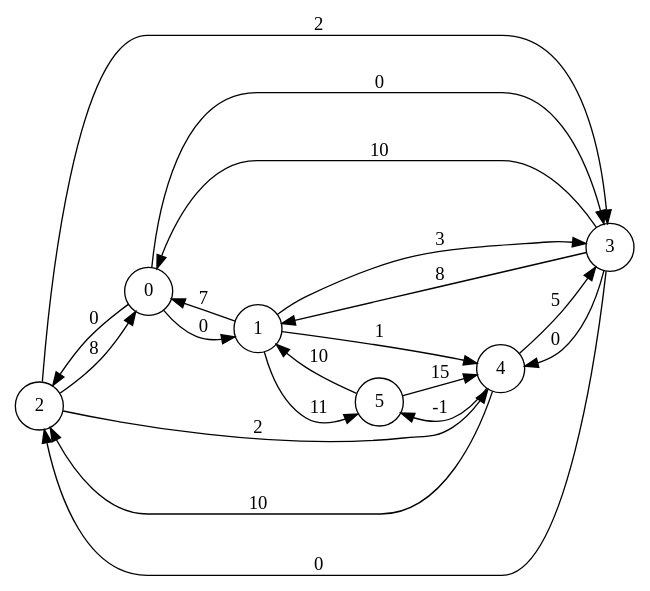
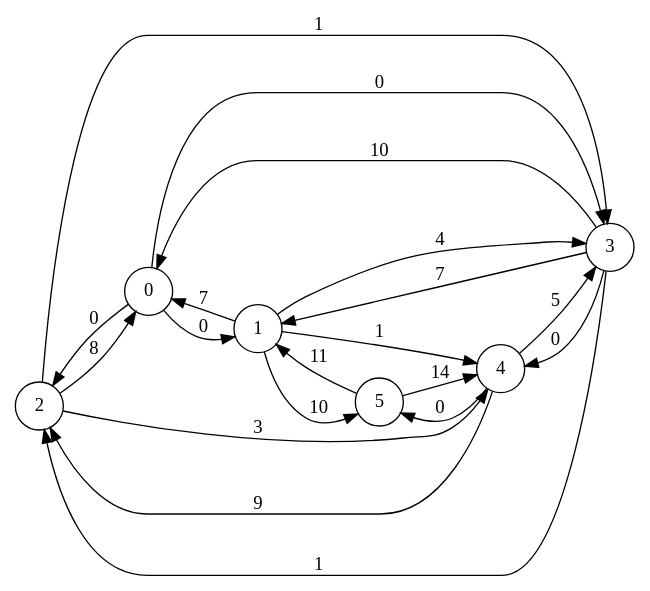
One commit to iattach/ocaml-graphe changed the diagram in testv1.dot. Above: the diagram before and after it, drawn with Graphviz. The commit also changed 3 other files, not shown here.

```diff
--- a/testv1.dot
+++ b/testv1.dot
@@ -1,23 +1,23 @@
 digraph finite_state_machine {
 rankdir=LR; 
 node [shape = circle];
 2 -> 0 [ label = "8" ];
-2 -> 3 [ label = "2" ];
-2 -> 4 [ label = "2" ];
+2 -> 3 [ label = "1" ];
+2 -> 4 [ label = "3" ];
 4 -> 3 [ label = "5" ];
-4 -> 2 [ label = "10" ];
-4 -> 5 [ label = "-1" ];
+4 -> 2 [ label = "9" ];
+4 -> 5 [ label = "0" ];
 3 -> 4 [ label = "0" ];
-3 -> 2 [ label = "0" ];
+3 -> 2 [ label = "1" ];
 3 -> 0 [ label = "10" ];
-3 -> 1 [ label = "8" ];
+3 -> 1 [ label = "7" ];
 0 -> 2 [ label = "0" ];
 0 -> 3 [ label = "0" ];
 0 -> 1 [ label = "0" ];
 1 -> 4 [ label = "1" ];
-1 -> 3 [ label = "3" ];
+1 -> 3 [ label = "4" ];
 1 -> 0 [ label = "7" ];
-1 -> 5 [ label = "11" ];
-5 -> 4 [ label = "15" ];
-5 -> 1 [ label = "10" ];
+1 -> 5 [ label = "10" ];
+5 -> 4 [ label = "14" ];
+5 -> 1 [ label = "11" ];
 }
```
